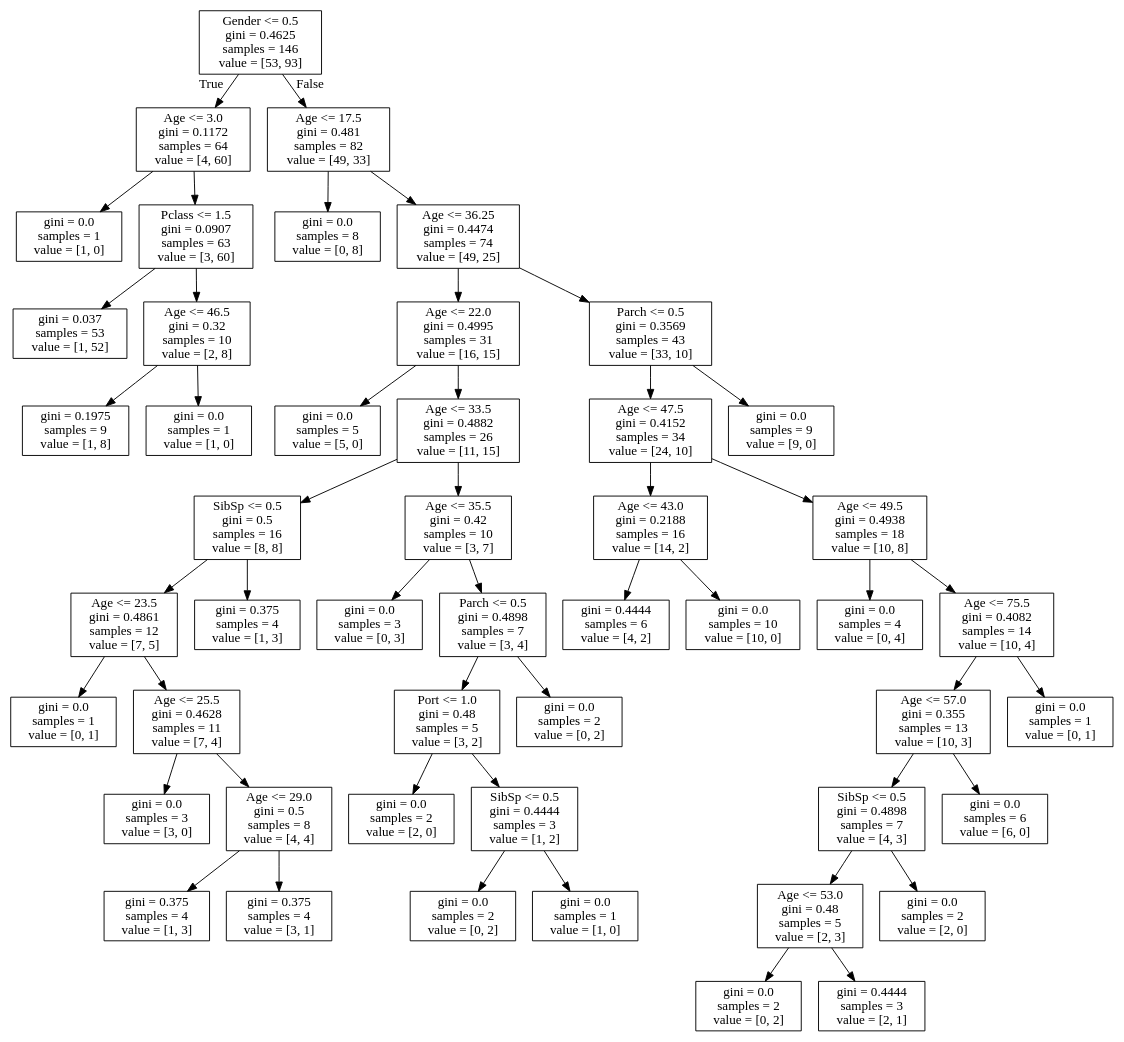
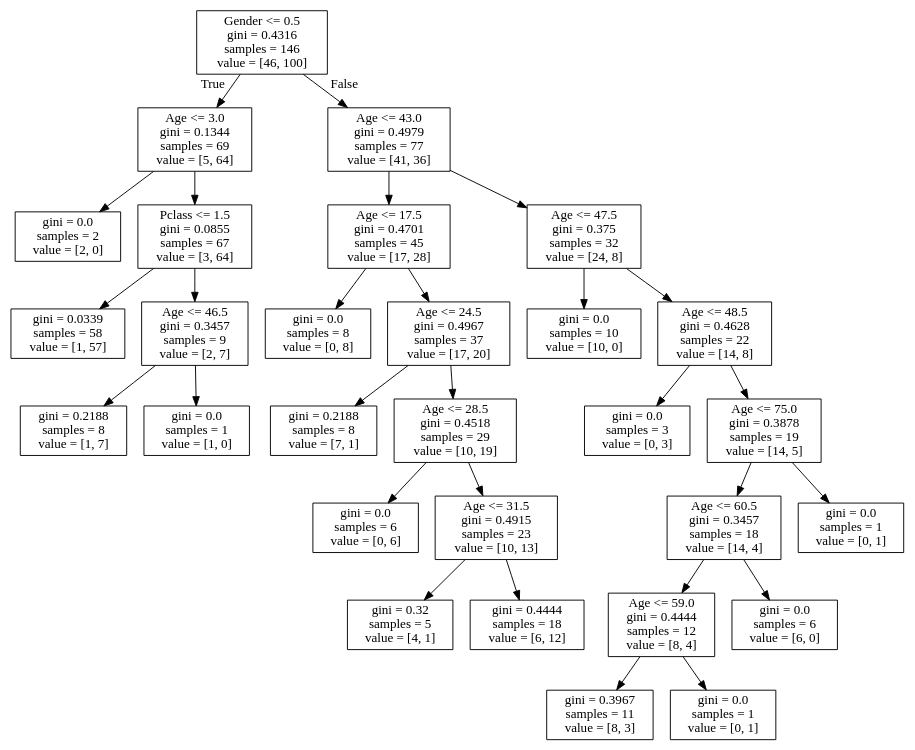
One commit to soumasish/kaggle-predicting-titanic-survival-rate changed the diagram in out/titanic.dot. Above: the diagram before and after it, drawn with Graphviz. The commit also changed 1 other file, not shown here.

```diff
--- a/out/titanic.dot
+++ b/out/titanic.dot
@@ -1,100 +1,60 @@
 digraph Tree {
 node [shape=box] ;
-0 [label="Gender <= 0.5\ngini = 0.4625\nsamples = 146\nvalue = [53, 93]"] ;
-1 [label="Age <= 3.0\ngini = 0.1172\nsamples = 64\nvalue = [4, 60]"] ;
+0 [label="Gender <= 0.5\ngini = 0.4316\nsamples = 146\nvalue = [46, 100]"] ;
+1 [label="Age <= 3.0\ngini = 0.1344\nsamples = 69\nvalue = [5, 64]"] ;
 0 -> 1 [labeldistance=2.5, labelangle=45, headlabel="True"] ;
-9 [label="gini = 0.0\nsamples = 1\nvalue = [1, 0]"] ;
-1 -> 9 ;
-10 [label="Pclass <= 1.5\ngini = 0.0907\nsamples = 63\nvalue = [3, 60]"] ;
-1 -> 10 ;
-27 [label="gini = 0.037\nsamples = 53\nvalue = [1, 52]"] ;
-10 -> 27 ;
-28 [label="Age <= 46.5\ngini = 0.32\nsamples = 10\nvalue = [2, 8]"] ;
-10 -> 28 ;
-29 [label="gini = 0.1975\nsamples = 9\nvalue = [1, 8]"] ;
-28 -> 29 ;
-30 [label="gini = 0.0\nsamples = 1\nvalue = [1, 0]"] ;
-28 -> 30 ;
-2 [label="Age <= 17.5\ngini = 0.481\nsamples = 82\nvalue = [49, 33]"] ;
+5 [label="gini = 0.0\nsamples = 2\nvalue = [2, 0]"] ;
+1 -> 5 ;
+6 [label="Pclass <= 1.5\ngini = 0.0855\nsamples = 67\nvalue = [3, 64]"] ;
+1 -> 6 ;
+25 [label="gini = 0.0339\nsamples = 58\nvalue = [1, 57]"] ;
+6 -> 25 ;
+26 [label="Age <= 46.5\ngini = 0.3457\nsamples = 9\nvalue = [2, 7]"] ;
+6 -> 26 ;
+27 [label="gini = 0.2188\nsamples = 8\nvalue = [1, 7]"] ;
+26 -> 27 ;
+28 [label="gini = 0.0\nsamples = 1\nvalue = [1, 0]"] ;
+26 -> 28 ;
+2 [label="Age <= 43.0\ngini = 0.4979\nsamples = 77\nvalue = [41, 36]"] ;
 0 -> 2 [labeldistance=2.5, labelangle=-45, headlabel="False"] ;
-3 [label="gini = 0.0\nsamples = 8\nvalue = [0, 8]"] ;
+3 [label="Age <= 17.5\ngini = 0.4701\nsamples = 45\nvalue = [17, 28]"] ;
 2 -> 3 ;
-4 [label="Age <= 36.25\ngini = 0.4474\nsamples = 74\nvalue = [49, 25]"] ;
+7 [label="gini = 0.0\nsamples = 8\nvalue = [0, 8]"] ;
+3 -> 7 ;
+8 [label="Age <= 24.5\ngini = 0.4967\nsamples = 37\nvalue = [17, 20]"] ;
+3 -> 8 ;
+9 [label="gini = 0.2188\nsamples = 8\nvalue = [7, 1]"] ;
+8 -> 9 ;
+10 [label="Age <= 28.5\ngini = 0.4518\nsamples = 29\nvalue = [10, 19]"] ;
+8 -> 10 ;
+15 [label="gini = 0.0\nsamples = 6\nvalue = [0, 6]"] ;
+10 -> 15 ;
+16 [label="Age <= 31.5\ngini = 0.4915\nsamples = 23\nvalue = [10, 13]"] ;
+10 -> 16 ;
+17 [label="gini = 0.32\nsamples = 5\nvalue = [4, 1]"] ;
+16 -> 17 ;
+18 [label="gini = 0.4444\nsamples = 18\nvalue = [6, 12]"] ;
+16 -> 18 ;
+4 [label="Age <= 47.5\ngini = 0.375\nsamples = 32\nvalue = [24, 8]"] ;
 2 -> 4 ;
-5 [label="Age <= 22.0\ngini = 0.4995\nsamples = 31\nvalue = [16, 15]"] ;
-4 -> 5 ;
-7 [label="gini = 0.0\nsamples = 5\nvalue = [5, 0]"] ;
-5 -> 7 ;
-8 [label="Age <= 33.5\ngini = 0.4882\nsamples = 26\nvalue = [11, 15]"] ;
-5 -> 8 ;
-31 [label="SibSp <= 0.5\ngini = 0.5\nsamples = 16\nvalue = [8, 8]"] ;
-8 -> 31 ;
-41 [label="Age <= 23.5\ngini = 0.4861\nsamples = 12\nvalue = [7, 5]"] ;
-31 -> 41 ;
-43 [label="gini = 0.0\nsamples = 1\nvalue = [0, 1]"] ;
-41 -> 43 ;
-44 [label="Age <= 25.5\ngini = 0.4628\nsamples = 11\nvalue = [7, 4]"] ;
-41 -> 44 ;
-45 [label="gini = 0.0\nsamples = 3\nvalue = [3, 0]"] ;
-44 -> 45 ;
-46 [label="Age <= 29.0\ngini = 0.5\nsamples = 8\nvalue = [4, 4]"] ;
-44 -> 46 ;
-47 [label="gini = 0.375\nsamples = 4\nvalue = [1, 3]"] ;
-46 -> 47 ;
-48 [label="gini = 0.375\nsamples = 4\nvalue = [3, 1]"] ;
-46 -> 48 ;
-42 [label="gini = 0.375\nsamples = 4\nvalue = [1, 3]"] ;
-31 -> 42 ;
-32 [label="Age <= 35.5\ngini = 0.42\nsamples = 10\nvalue = [3, 7]"] ;
-8 -> 32 ;
-33 [label="gini = 0.0\nsamples = 3\nvalue = [0, 3]"] ;
-32 -> 33 ;
-34 [label="Parch <= 0.5\ngini = 0.4898\nsamples = 7\nvalue = [3, 4]"] ;
-32 -> 34 ;
-35 [label="Port <= 1.0\ngini = 0.48\nsamples = 5\nvalue = [3, 2]"] ;
-34 -> 35 ;
-37 [label="gini = 0.0\nsamples = 2\nvalue = [2, 0]"] ;
-35 -> 37 ;
-38 [label="SibSp <= 0.5\ngini = 0.4444\nsamples = 3\nvalue = [1, 2]"] ;
-35 -> 38 ;
-39 [label="gini = 0.0\nsamples = 2\nvalue = [0, 2]"] ;
-38 -> 39 ;
-40 [label="gini = 0.0\nsamples = 1\nvalue = [1, 0]"] ;
-38 -> 40 ;
-36 [label="gini = 0.0\nsamples = 2\nvalue = [0, 2]"] ;
-34 -> 36 ;
-6 [label="Parch <= 0.5\ngini = 0.3569\nsamples = 43\nvalue = [33, 10]"] ;
-4 -> 6 ;
-11 [label="Age <= 47.5\ngini = 0.4152\nsamples = 34\nvalue = [24, 10]"] ;
-6 -> 11 ;
-13 [label="Age <= 43.0\ngini = 0.2188\nsamples = 16\nvalue = [14, 2]"] ;
-11 -> 13 ;
-25 [label="gini = 0.4444\nsamples = 6\nvalue = [4, 2]"] ;
-13 -> 25 ;
-26 [label="gini = 0.0\nsamples = 10\nvalue = [10, 0]"] ;
-13 -> 26 ;
-14 [label="Age <= 49.5\ngini = 0.4938\nsamples = 18\nvalue = [10, 8]"] ;
-11 -> 14 ;
-15 [label="gini = 0.0\nsamples = 4\nvalue = [0, 4]"] ;
-14 -> 15 ;
-16 [label="Age <= 75.5\ngini = 0.4082\nsamples = 14\nvalue = [10, 4]"] ;
-14 -> 16 ;
-17 [label="Age <= 57.0\ngini = 0.355\nsamples = 13\nvalue = [10, 3]"] ;
-16 -> 17 ;
-19 [label="SibSp <= 0.5\ngini = 0.4898\nsamples = 7\nvalue = [4, 3]"] ;
-17 -> 19 ;
-21 [label="Age <= 53.0\ngini = 0.48\nsamples = 5\nvalue = [2, 3]"] ;
+11 [label="gini = 0.0\nsamples = 10\nvalue = [10, 0]"] ;
+4 -> 11 ;
+12 [label="Age <= 48.5\ngini = 0.4628\nsamples = 22\nvalue = [14, 8]"] ;
+4 -> 12 ;
+13 [label="gini = 0.0\nsamples = 3\nvalue = [0, 3]"] ;
+12 -> 13 ;
+14 [label="Age <= 75.0\ngini = 0.3878\nsamples = 19\nvalue = [14, 5]"] ;
+12 -> 14 ;
+19 [label="Age <= 60.5\ngini = 0.3457\nsamples = 18\nvalue = [14, 4]"] ;
+14 -> 19 ;
+21 [label="Age <= 59.0\ngini = 0.4444\nsamples = 12\nvalue = [8, 4]"] ;
 19 -> 21 ;
-23 [label="gini = 0.0\nsamples = 2\nvalue = [0, 2]"] ;
+23 [label="gini = 0.3967\nsamples = 11\nvalue = [8, 3]"] ;
 21 -> 23 ;
-24 [label="gini = 0.4444\nsamples = 3\nvalue = [2, 1]"] ;
+24 [label="gini = 0.0\nsamples = 1\nvalue = [0, 1]"] ;
 21 -> 24 ;
-22 [label="gini = 0.0\nsamples = 2\nvalue = [2, 0]"] ;
+22 [label="gini = 0.0\nsamples = 6\nvalue = [6, 0]"] ;
 19 -> 22 ;
-20 [label="gini = 0.0\nsamples = 6\nvalue = [6, 0]"] ;
-17 -> 20 ;
-18 [label="gini = 0.0\nsamples = 1\nvalue = [0, 1]"] ;
-16 -> 18 ;
-12 [label="gini = 0.0\nsamples = 9\nvalue = [9, 0]"] ;
-6 -> 12 ;
+20 [label="gini = 0.0\nsamples = 1\nvalue = [0, 1]"] ;
+14 -> 20 ;
 }
```
